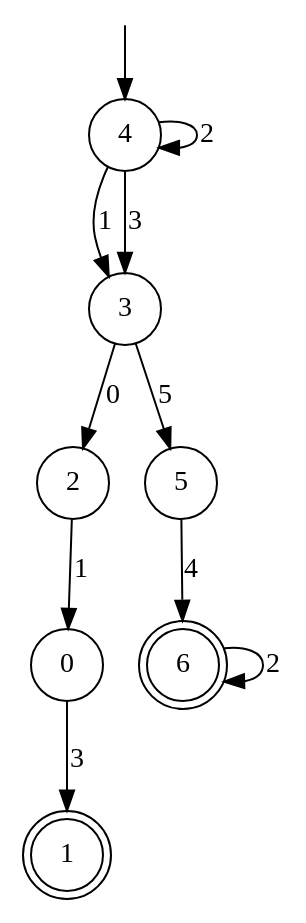
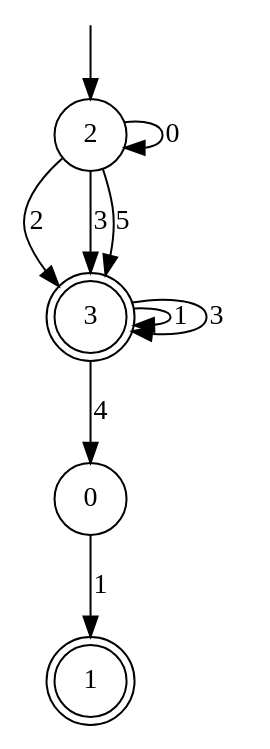
Before and after one commit to xinqin23/ShapeIt: the diagram in automaton_to_regex/automaton.dot, drawn with Graphviz. The commit also changed 3 other files, not shown here.

```diff
--- a/automaton_to_regex/automaton.dot
+++ b/automaton_to_regex/automaton.dot
@@ -1,23 +1,19 @@
 digraph g {
 
 	s0 [shape="circle" label="0"];
 	s1 [shape="doublecircle" label="1"];
 	s2 [shape="circle" label="2"];
-	s3 [shape="circle" label="3"];
-	s4 [shape="circle" label="4"];
-	s5 [shape="circle" label="5"];
-	s6 [shape="doublecircle" label="6"];
-	s0 -> s1 [label="3"];
-	s2 -> s0 [label="1"];
-	s3 -> s2 [label="0"];
-	s3 -> s5 [label="5"];
-	s4 -> s3 [label="1"];
-	s4 -> s4 [label="2"];
-	s4 -> s3 [label="3"];
-	s5 -> s6 [label="4"];
-	s6 -> s6 [label="2"];
+	s3 [shape="doublecircle" label="3"];
+	s0 -> s1 [label="1"];
+	s2 -> s2 [label="0"];
+	s2 -> s3 [label="2"];
+	s2 -> s3 [label="3"];
+	s2 -> s3 [label="5"];
+	s3 -> s3 [label="1"];
+	s3 -> s3 [label="3"];
+	s3 -> s0 [label="4"];
 
 __start0 [label="" shape="none" width="0" height="0"];
-__start0 -> s4;
+__start0 -> s2;
 
 }
```
